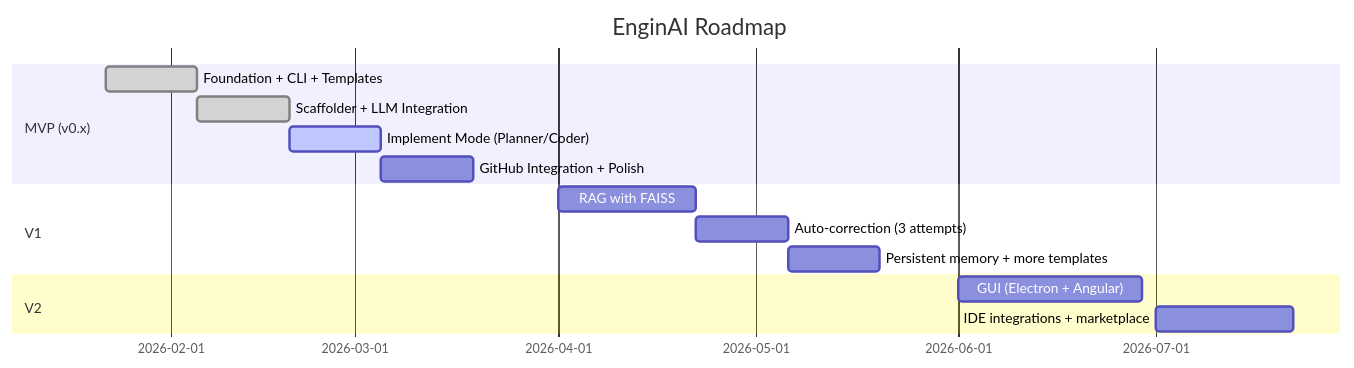
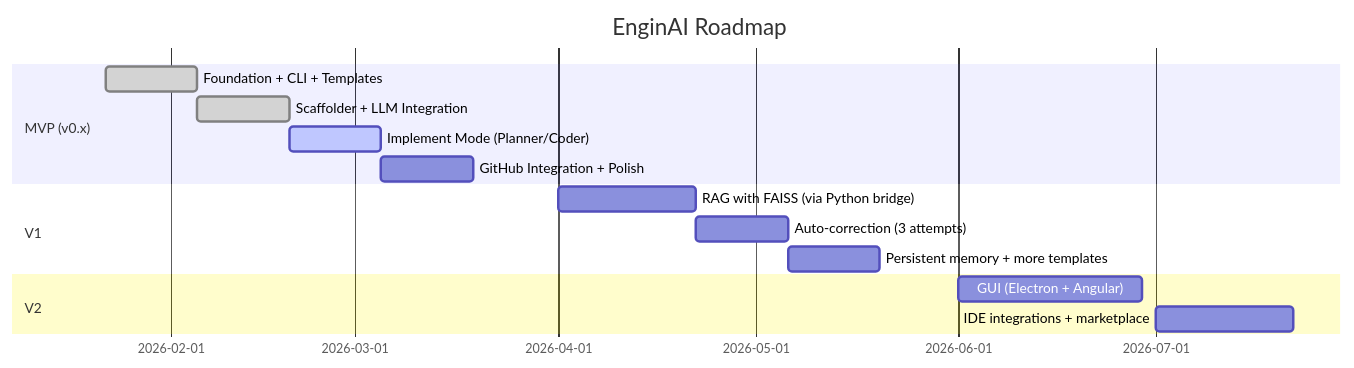
One commit to ElioNeto/enginai changed the fourth of 4 diagrams in README.md. Above: the diagram before and after it, drawn with Mermaid. The commit also changed other lines of this file and 3 other files, not shown here.

````diff
--- a/README.md
+++ b/README.md
@@ -206,17 +238,17 @@
 ```mermaid
 gantt
     title EnginAI Roadmap
     dateFormat  YYYY-MM-DD
     section MVP (v0.x)
         Foundation + CLI + Templates       :done, 2026-01-22, 2w
         Scaffolder + LLM Integration       :done, 2026-02-05, 2w
         Implement Mode (Planner/Coder)     :active, 2026-02-19, 2w
         GitHub Integration + Polish        :2026-03-05, 2w
     section V1
-        RAG with FAISS                     :2026-04-01, 3w
+        RAG with FAISS (via Python bridge) :2026-04-01, 3w
         Auto-correction (3 attempts)       :2026-04-22, 2w
         Persistent memory + more templates :2026-05-06, 2w
     section V2
         GUI (Electron + Angular)           :2026-06-01, 4w
         IDE integrations + marketplace     :2026-07-01, 3w
 ```
````
